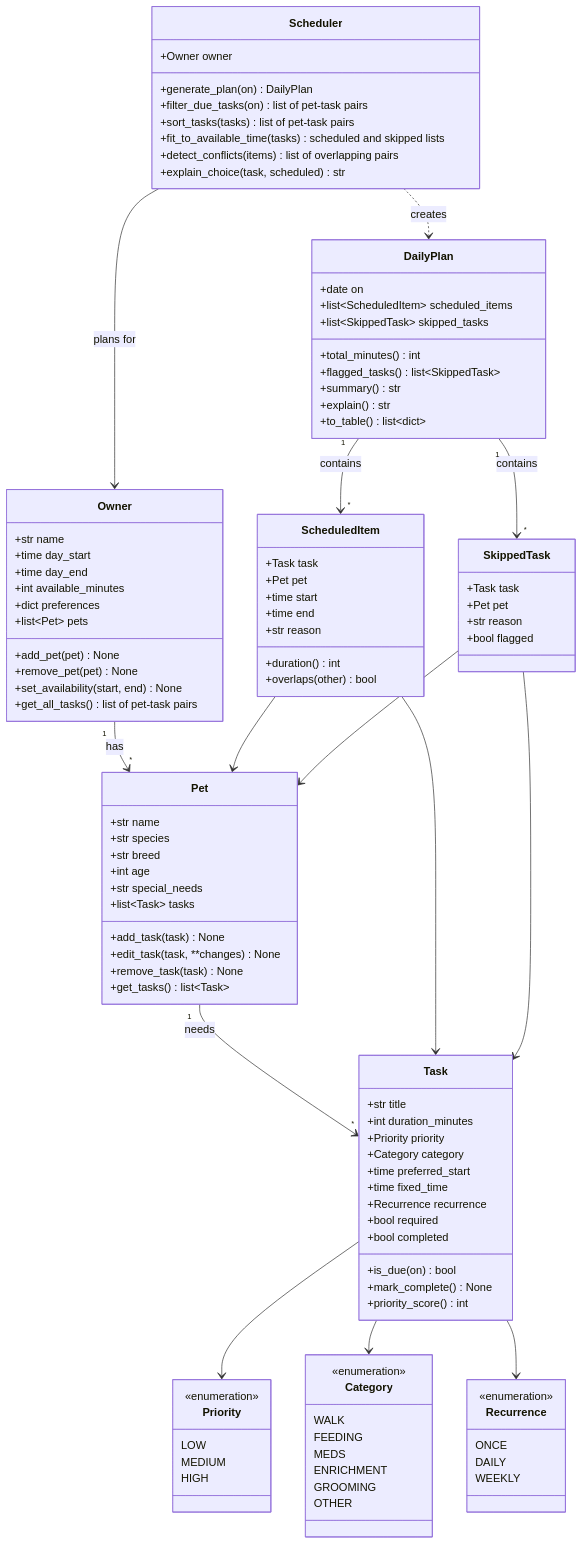
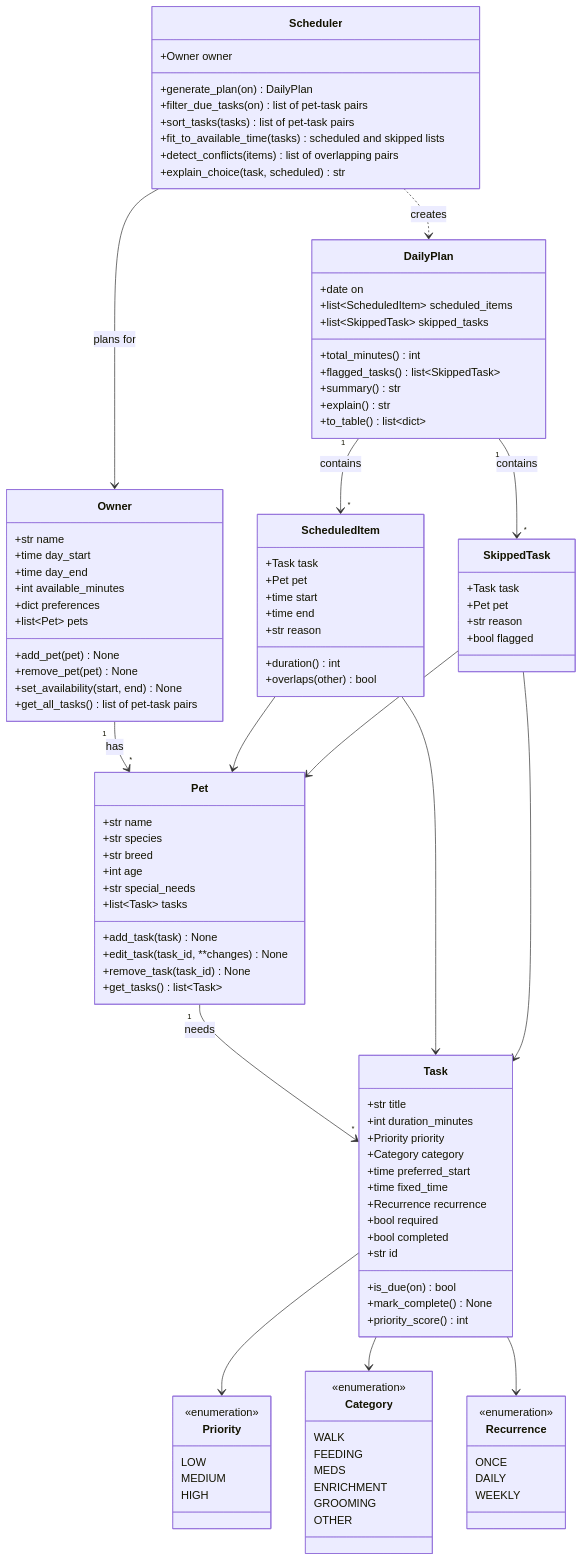
Before and after one commit to LittleNew008/ai110-module2show-pawpal-starter: the diagram in diagrams/uml.mmd, drawn with Mermaid. The commit also changed 3 other files, not shown here.

Commit message:
chore: add class skeletons from UML

```diff
--- a/diagrams/uml.mmd
+++ b/diagrams/uml.mmd
@@ -1,117 +1,120 @@
 classDiagram
     class Priority {
         <<enumeration>>
         LOW
         MEDIUM
         HIGH
     }
 
     class Category {
         <<enumeration>>
         WALK
         FEEDING
         MEDS
         ENRICHMENT
         GROOMING
         OTHER
     }
 
     class Recurrence {
         <<enumeration>>
         ONCE
         DAILY
         WEEKLY
     }
 
+    %% Owner availability: the day_start-day_end window is the source of truth;
+    %% available_minutes is an optional extra cap (scheduler uses the tighter limit).
     class Owner {
         +str name
         +time day_start
         +time day_end
         +int available_minutes
         +dict preferences
         +list~Pet~ pets
         +add_pet(pet) None
         +remove_pet(pet) None
         +set_availability(start, end) None
         +get_all_tasks() list of pet-task pairs
     }
 
     class Pet {
         +str name
         +str species
         +str breed
         +int age
         +str special_needs
         +list~Task~ tasks
         +add_task(task) None
-        +edit_task(task, **changes) None
-        +remove_task(task) None
+        +edit_task(task_id, **changes) None
+        +remove_task(task_id) None
         +get_tasks() list~Task~
     }
 
     class Task {
         +str title
         +int duration_minutes
         +Priority priority
         +Category category
         +time preferred_start
         +time fixed_time
         +Recurrence recurrence
         +bool required
         +bool completed
+        +str id
         +is_due(on) bool
         +mark_complete() None
         +priority_score() int
     }
 
     class Scheduler {
         +Owner owner
         +generate_plan(on) DailyPlan
         +filter_due_tasks(on) list of pet-task pairs
         +sort_tasks(tasks) list of pet-task pairs
         +fit_to_available_time(tasks) scheduled and skipped lists
         +detect_conflicts(items) list of overlapping pairs
         +explain_choice(task, scheduled) str
     }
 
     class DailyPlan {
         +date on
         +list~ScheduledItem~ scheduled_items
         +list~SkippedTask~ skipped_tasks
         +total_minutes() int
         +flagged_tasks() list~SkippedTask~
         +summary() str
         +explain() str
         +to_table() list~dict~
     }
 
     class ScheduledItem {
         +Task task
         +Pet pet
         +time start
         +time end
         +str reason
         +duration() int
         +overlaps(other) bool
     }
 
     class SkippedTask {
         +Task task
         +Pet pet
         +str reason
         +bool flagged
     }
 
     Owner "1" --> "*" Pet : has
     Pet "1" --> "*" Task : needs
     Task --> Priority
     Task --> Category
     Task --> Recurrence
     Scheduler --> Owner : plans for
     Scheduler ..> DailyPlan : creates
     DailyPlan "1" --> "*" ScheduledItem : contains
     DailyPlan "1" --> "*" SkippedTask : contains
     ScheduledItem --> Task
     ScheduledItem --> Pet
     SkippedTask --> Task
     SkippedTask --> Pet
```
